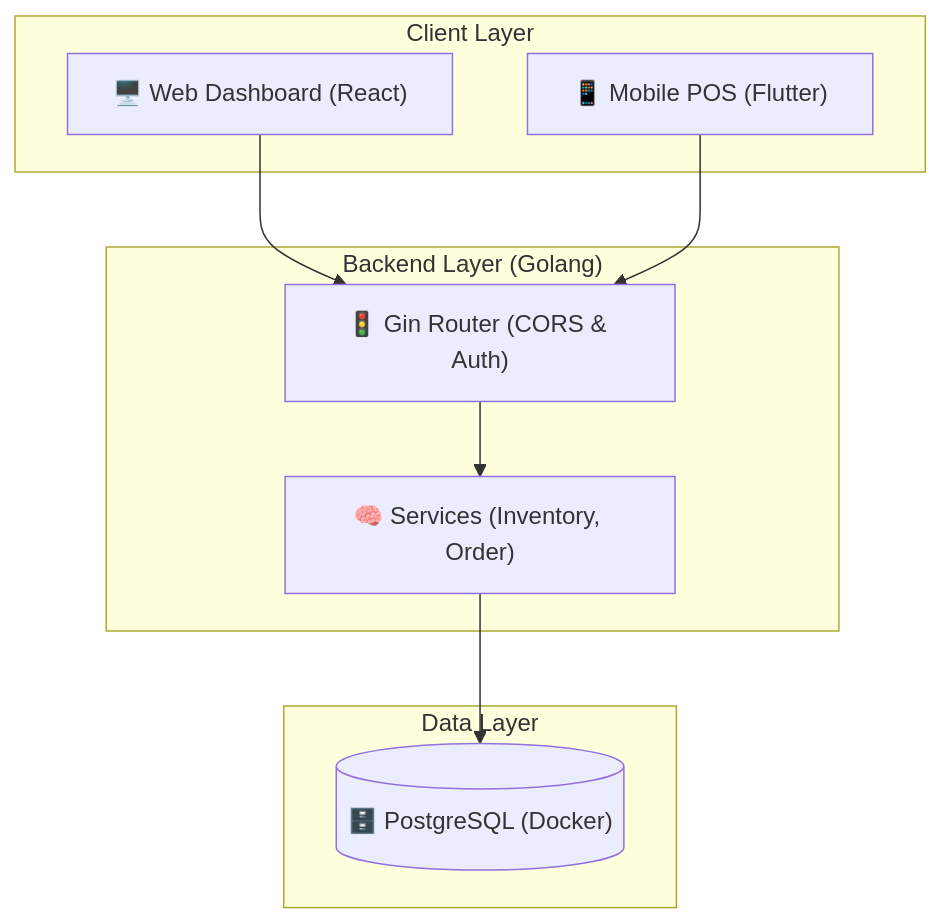
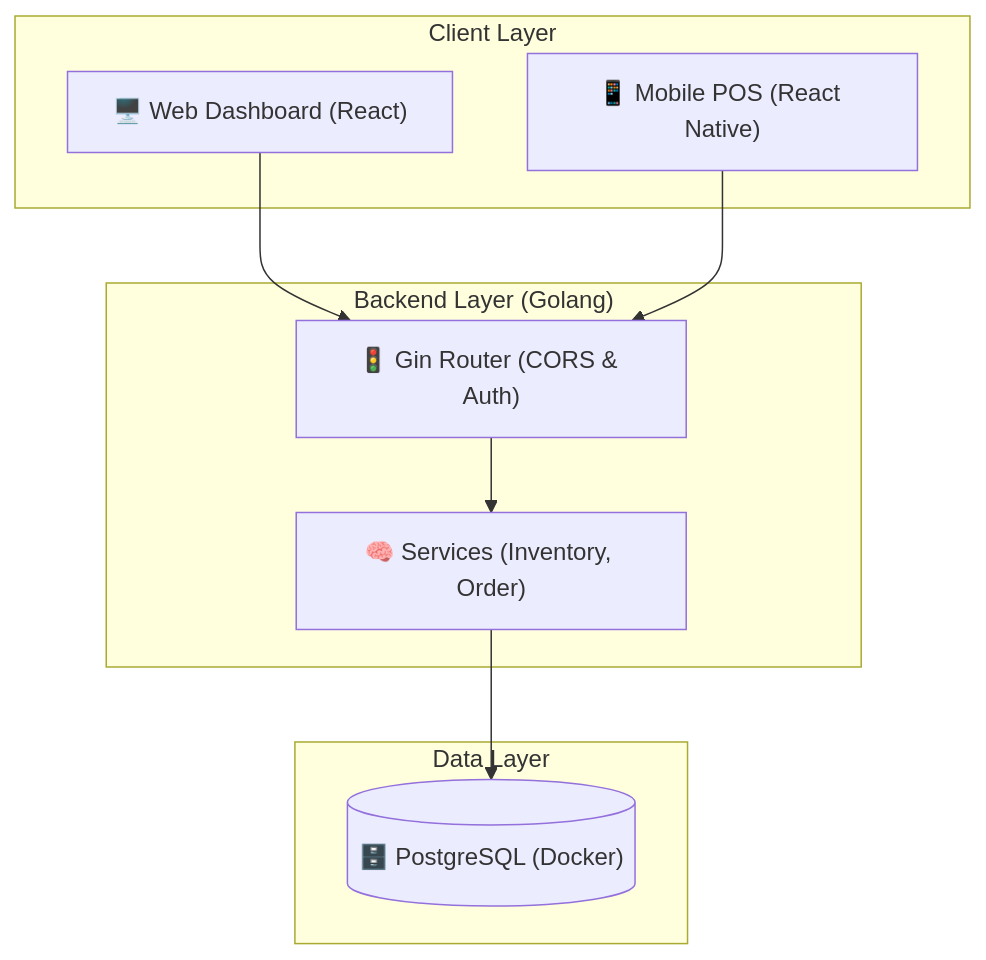
Before and after one commit to emoajib/SINGGAH-COFFE: the diagram in PROJECT_STATUS.md, drawn with Mermaid. The commit also changed other lines of this file and 132 other files, not shown here.

First line of the commit message:
feat: Full migration to React Native, standard accounting reports, and system-wide synchronization

````diff
--- a/PROJECT_STATUS.md
+++ b/PROJECT_STATUS.md
@@ -76,21 +72,21 @@
 ```mermaid
 graph TD
     subgraph Clients ["Client Layer"]
         WEB["🖥️ Web Dashboard (React)"]
-        MOBILE["📱 Mobile POS (Flutter)"]
+        MOBILE["📱 Mobile POS (React Native)"]
     end
 
     subgraph Backend ["Backend Layer (Golang)"]
         ROUTER["🚦 Gin Router (CORS & Auth)"]
         SERVICES["🧠 Services (Inventory, Order)"]
     end
 
     subgraph Data ["Data Layer"]
         DB[("🗄️ PostgreSQL (Docker)")]
     end
 
     WEB --> ROUTER
     MOBILE --> ROUTER
     ROUTER --> SERVICES
     SERVICES --> DB
 ```
````
